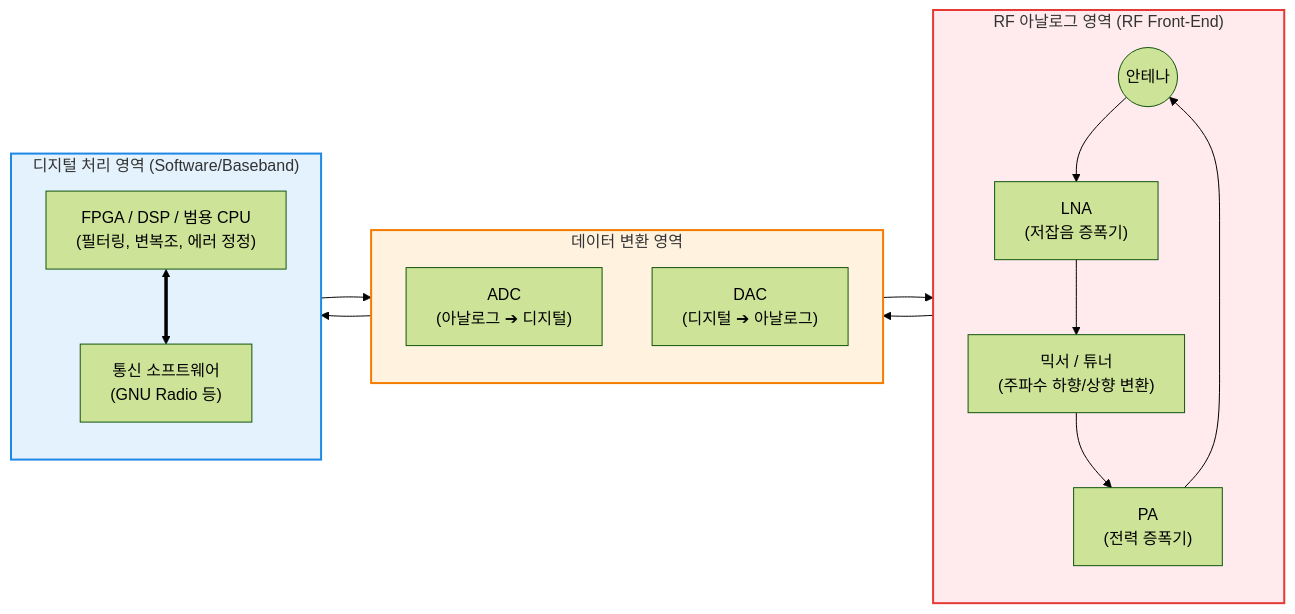
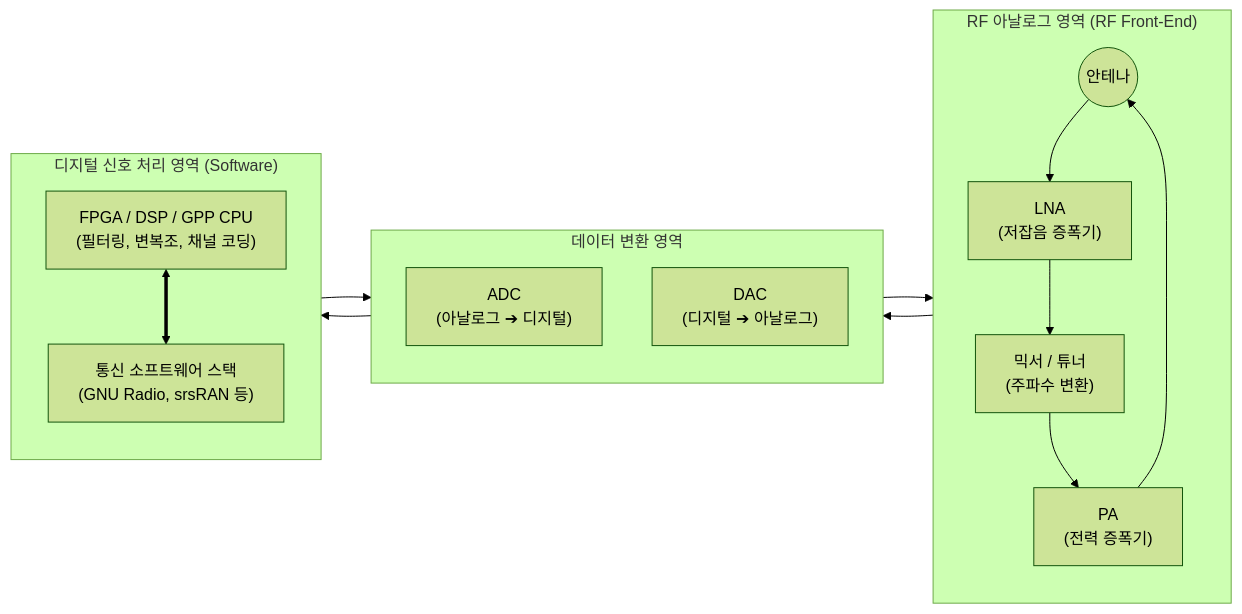
The diagram in content/01_IT Tech/SDR (Software Defined Radio).md (supremethumb/supremethumb.github.io), drawn with Mermaid (forest theme) before and after one commit. The commit also changed other lines of this file and 362 other files, not shown here.

````diff
--- a/content/01_IT Tech/SDR (Software Defined Radio).md
+++ b/content/01_IT Tech/SDR (Software Defined Radio).md
@@ -30,31 +31,26 @@
 ```mermaid
 flowchart LR
     subgraph RF_Domain ["RF 아날로그 영역 (RF Front-End)"]
         direction TB
         Antenna(("안테나"))
         LNA["LNA<br/>(저잡음 증폭기)"]
         PA["PA<br/>(전력 증폭기)"]
-        Mixer["믹서 / 튜너<br/>(주파수 하향/상향 변환)"]
+        Mixer["믹서 / 튜너<br/>(주파수 변환)"]
     end
 
     subgraph Conversion ["데이터 변환 영역"]
         direction TB
         ADC["ADC<br/>(아날로그 ➔ 디지털)"]
         DAC["DAC<br/>(디지털 ➔ 아날로그)"]
     end
 
-    subgraph Digital_Domain ["디지털 처리 영역 (Software/Baseband)"]
+    subgraph Digital_Domain ["디지털 신호 처리 영역 (Software)"]
         direction TB
-        DSP_FPGA["FPGA / DSP / 범용 CPU<br/>(필터링, 변복조, 에러 정정)"]
-        Software["통신 소프트웨어<br/>(GNU Radio 등)"]
+        DSP_FPGA["FPGA / DSP / GPP CPU<br/>(필터링, 변복조, 채널 코딩)"]
+        Software["통신 소프트웨어 스택<br/>(GNU Radio, srsRAN 등)"]
     end
 
     Antenna --> LNA --> Mixer --> ADC --> DSP_FPGA
     DSP_FPGA --> DAC --> Mixer --> PA --> Antenna
     DSP_FPGA <==> Software
-    
-    style RF_Domain fill:#ffebee,stroke:#e53935,stroke-width:2px
-    style Conversion fill:#fff3e0,stroke:#f57c00,stroke-width:2px
-    style Digital_Domain fill:#e3f2fd,stroke:#1e88e5,stroke-width:2px
-
 ```
````
